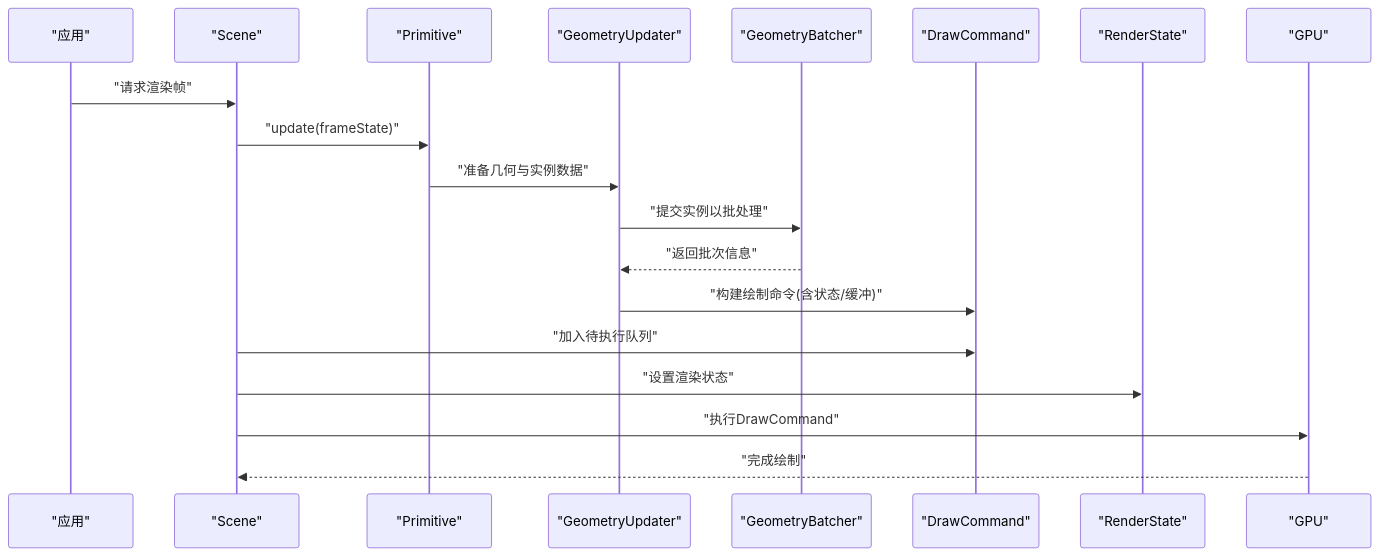
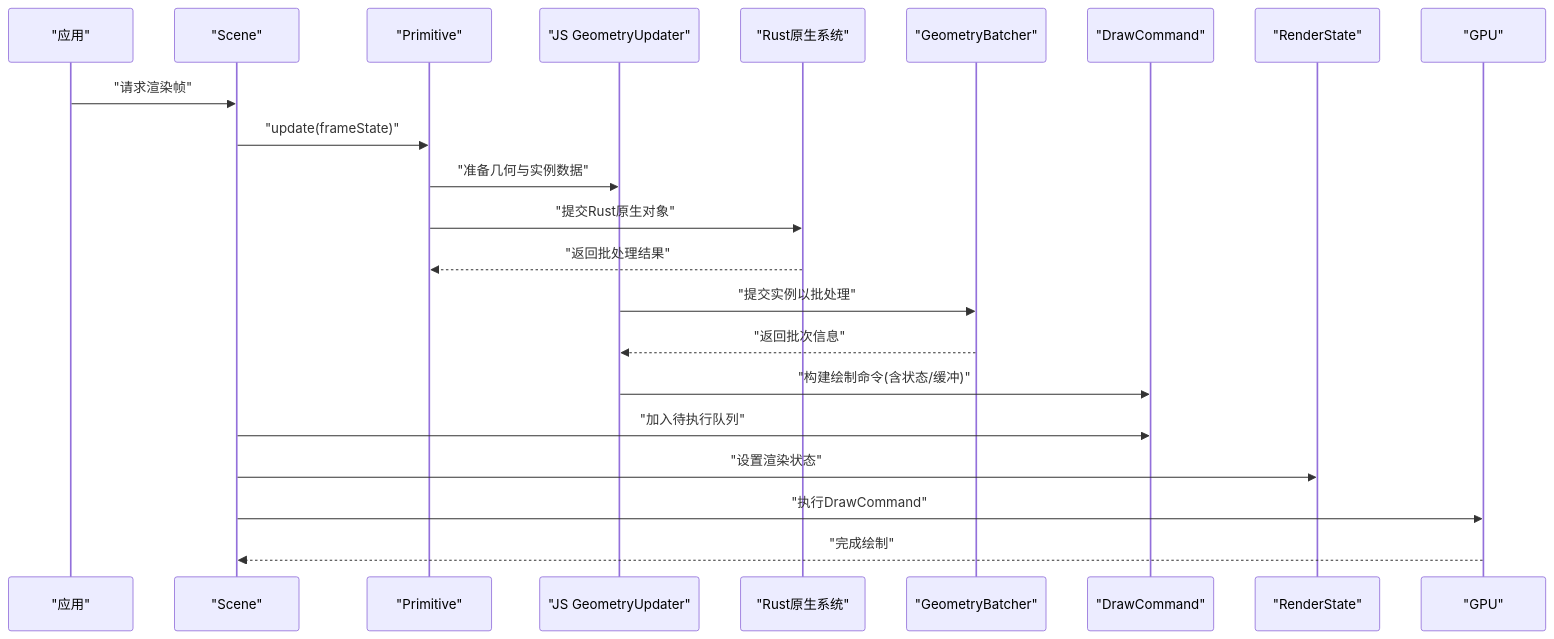
The second of 10 diagrams in .qoder/repowiki/zh/content/实体和几何体/原始图形渲染.md (rzhangjing/cesium), drawn with Mermaid before and after one commit. The commit also changed other lines of this file and 60 other files, not shown here.

````diff
--- a/.qoder/repowiki/zh/content/实体和几何体/原始图形渲染.md
+++ b/.qoder/repowiki/zh/content/实体和几何体/原始图形渲染.md
@@ -127,21 +149,24 @@
 ```mermaid
 sequenceDiagram
 participant App as "应用"
 participant Scene as "Scene"
 participant Prim as "Primitive"
-participant Upd as "GeometryUpdater"
+participant JSUpdater as "JS GeometryUpdater"
+participant RustSystem as "Rust原生系统"
 participant Batcher as "GeometryBatcher"
 participant Cmd as "DrawCommand"
 participant RS as "RenderState"
 participant GPU as "GPU"
 App->>Scene : "请求渲染帧"
 Scene->>Prim : "update(frameState)"
-Prim->>Upd : "准备几何与实例数据"
-Upd->>Batcher : "提交实例以批处理"
-Batcher-->>Upd : "返回批次信息"
-Upd->>Cmd : "构建绘制命令(含状态/缓冲)"
+Prim->>JSUpdater : "准备几何与实例数据"
+Prim->>RustSystem : "提交Rust原生对象"
+RustSystem-->>Prim : "返回批处理结果"
+JSUpdater->>Batcher : "提交实例以批处理"
+Batcher-->>JSUpdater : "返回批次信息"
+JSUpdater->>Cmd : "构建绘制命令(含状态/缓冲)"
 Scene->>Cmd : "加入待执行队列"
 Scene->>RS : "设置渲染状态"
 Scene->>GPU : "执行DrawCommand"
 GPU-->>Scene : "完成绘制"
 ```
````
